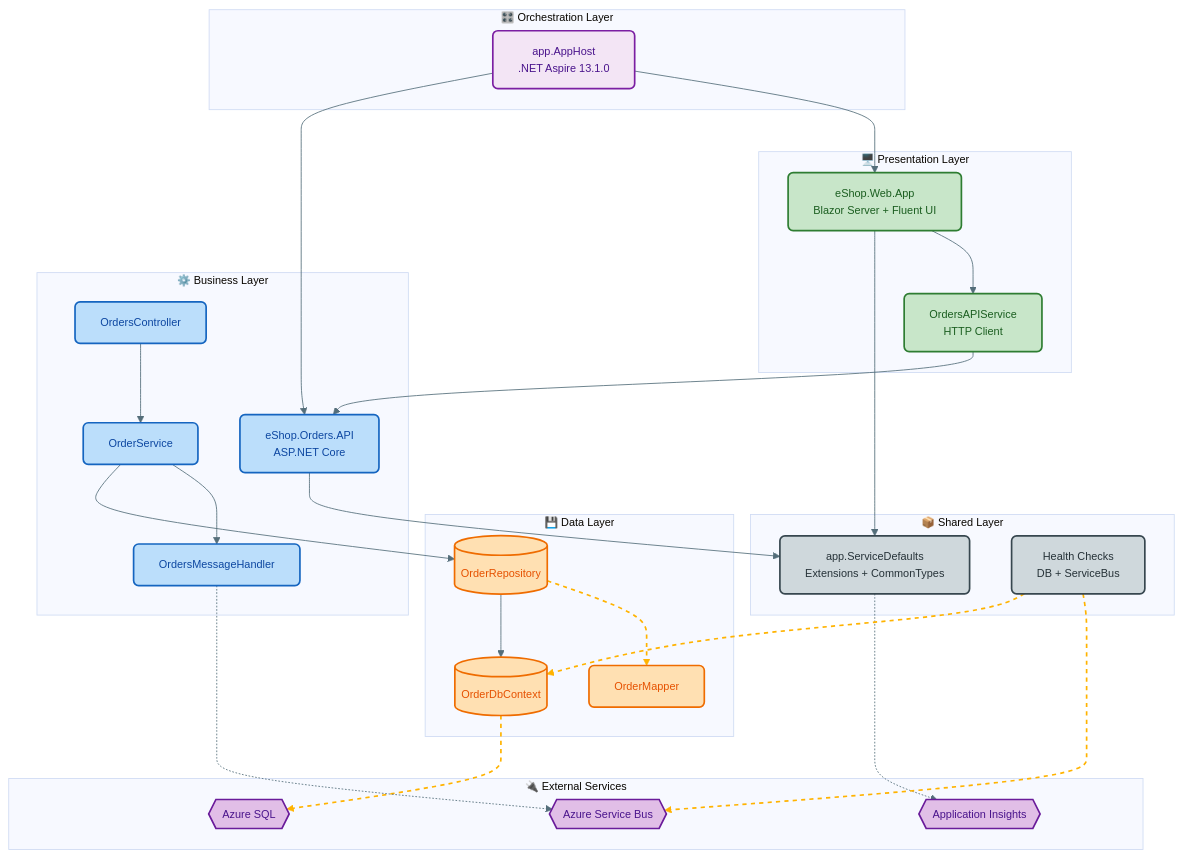
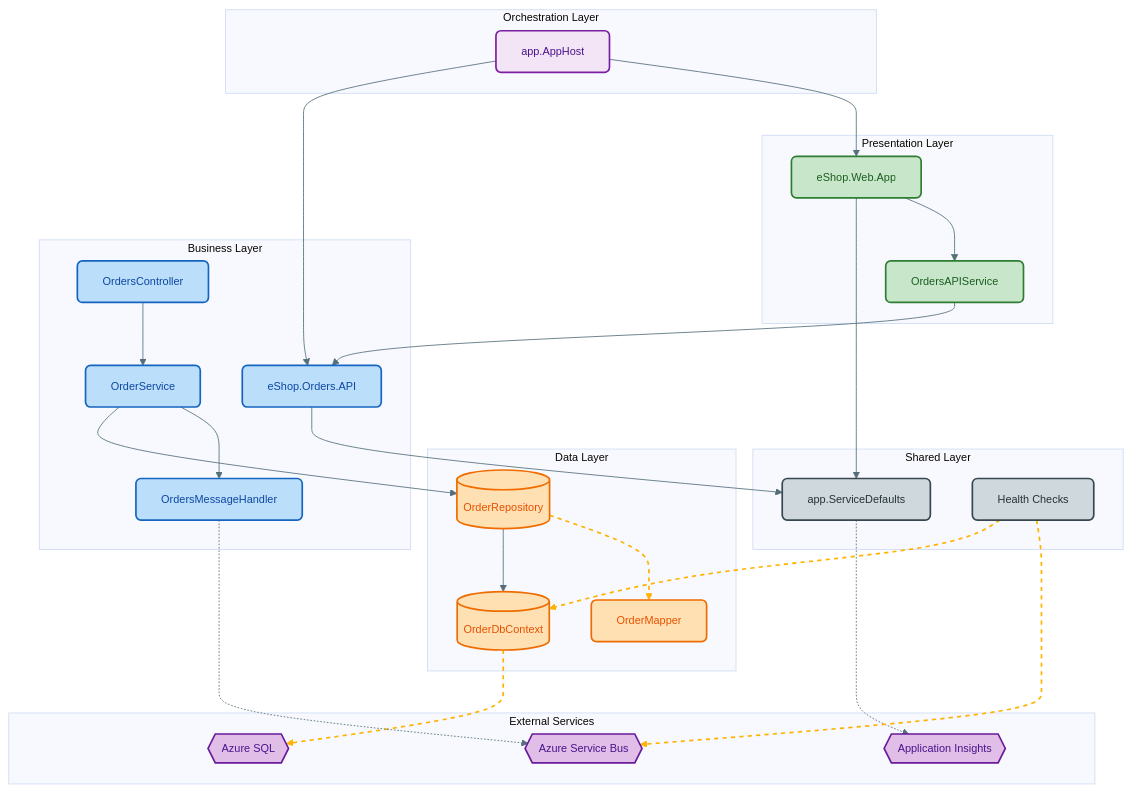
One commit to Evilazaro/Azure-LogicApps-Monitoring changed the ninth of 9 diagrams in docs/architecture/application-architecture.md. Above: the diagram before and after it, drawn with Mermaid. The commit also changed other lines of this file, not shown here.

Commit message:
docs: enhance application architecture documentation with updated diagrams and improved clarity

````diff
--- a/docs/architecture/application-architecture.md
+++ b/docs/architecture/application-architecture.md
@@ -735,82 +772,82 @@
 ```mermaid
 %%{init: {
   'theme': 'base',
   'themeVariables': {
     'fontFamily': 'Segoe UI, Roboto, Helvetica Neue, Arial, sans-serif',
     'fontSize': '13px',
     'lineColor': '#546e7a',
     'textColor': '#263238'
   }
 }}%%
 flowchart TB
-    subgraph layer_orchestration["🎛️ Orchestration Layer"]
-        comp_apphost["app.AppHost<br/>.NET Aspire 13.1.0"]
+    subgraph layer_orchestration["Orchestration Layer"]
+        comp_apphost["app.AppHost"]
     end
 
-    subgraph layer_presentation["🖥️ Presentation Layer"]
-        comp_webapp["eShop.Web.App<br/>Blazor Server + Fluent UI"]
-        comp_apiservice["OrdersAPIService<br/>HTTP Client"]
+    subgraph layer_presentation["Presentation Layer"]
+        comp_webapp["eShop.Web.App"]
+        comp_apiservice["OrdersAPIService"]
     end
 
-    subgraph layer_business["⚙️ Business Layer"]
-        comp_ordersapi["eShop.Orders.API<br/>ASP.NET Core"]
+    subgraph layer_business["Business Layer"]
+        comp_ordersapi["eShop.Orders.API"]
         comp_ordersctrl["OrdersController"]
         comp_orderservice["OrderService"]
         comp_msghandler["OrdersMessageHandler"]
     end
 
-    subgraph layer_data["💾 Data Layer"]
+    subgraph layer_data["Data Layer"]
         comp_orderrepo[("OrderRepository")]
         comp_dbcontext[("OrderDbContext")]
         comp_mapper["OrderMapper"]
     end
 
-    subgraph layer_shared["📦 Shared Layer"]
-        comp_servicedefaults["app.ServiceDefaults<br/>Extensions + CommonTypes"]
-        comp_healthchecks["Health Checks<br/>DB + ServiceBus"]
+    subgraph layer_shared["Shared Layer"]
+        comp_servicedefaults["app.ServiceDefaults"]
+        comp_healthchecks["Health Checks"]
     end
 
-    subgraph layer_external["🔌 External Services"]
+    subgraph layer_external["External Services"]
         ext_servicebus{{"Azure Service Bus"}}
         ext_sql{{"Azure SQL"}}
         ext_appinsights{{"Application Insights"}}
     end
 
     comp_apphost --> comp_ordersapi
     comp_apphost --> comp_webapp
 
     comp_webapp --> comp_servicedefaults
     comp_webapp --> comp_apiservice
     comp_apiservice --> comp_ordersapi
 
     comp_ordersapi --> comp_servicedefaults
     comp_ordersctrl --> comp_orderservice
     comp_orderservice --> comp_orderrepo
     comp_orderservice --> comp_msghandler
 
     comp_orderrepo --> comp_dbcontext
     comp_orderrepo --> comp_mapper
     comp_dbcontext --> ext_sql
 
     comp_msghandler -.-> ext_servicebus
     comp_servicedefaults -.-> ext_appinsights
 
     comp_healthchecks --> comp_dbcontext
     comp_healthchecks -.-> ext_servicebus
 
     classDef orchestration fill:#F3E5F5,stroke:#7B1FA2,stroke-width:2px,color:#4A148C,rx:6,ry:6
     classDef presentation fill:#C8E6C9,stroke:#2E7D32,stroke-width:2px,color:#1B5E20,rx:6,ry:6
     classDef business fill:#BBDEFB,stroke:#1565C0,stroke-width:2px,color:#0D47A1,rx:6,ry:6
     classDef data fill:#FFE0B2,stroke:#EF6C00,stroke-width:2px,color:#E65100,rx:6,ry:6
     classDef shared fill:#CFD8DC,stroke:#37474F,stroke-width:2px,color:#263238,rx:6,ry:6
     classDef external fill:#E1BEE7,stroke:#6A1B9A,stroke-width:2px,color:#4A148C,rx:6,ry:6
 
     class comp_apphost orchestration
     class comp_webapp,comp_apiservice presentation
     class comp_ordersapi,comp_ordersctrl,comp_orderservice,comp_msghandler business
     class comp_orderrepo,comp_dbcontext,comp_mapper data
     class comp_servicedefaults,comp_healthchecks shared
     class ext_servicebus,ext_sql,ext_appinsights external
 
     linkStyle 10,11,14,15 stroke:#ffb300,stroke-width:2px,stroke-dasharray:5 5
 ```
````
